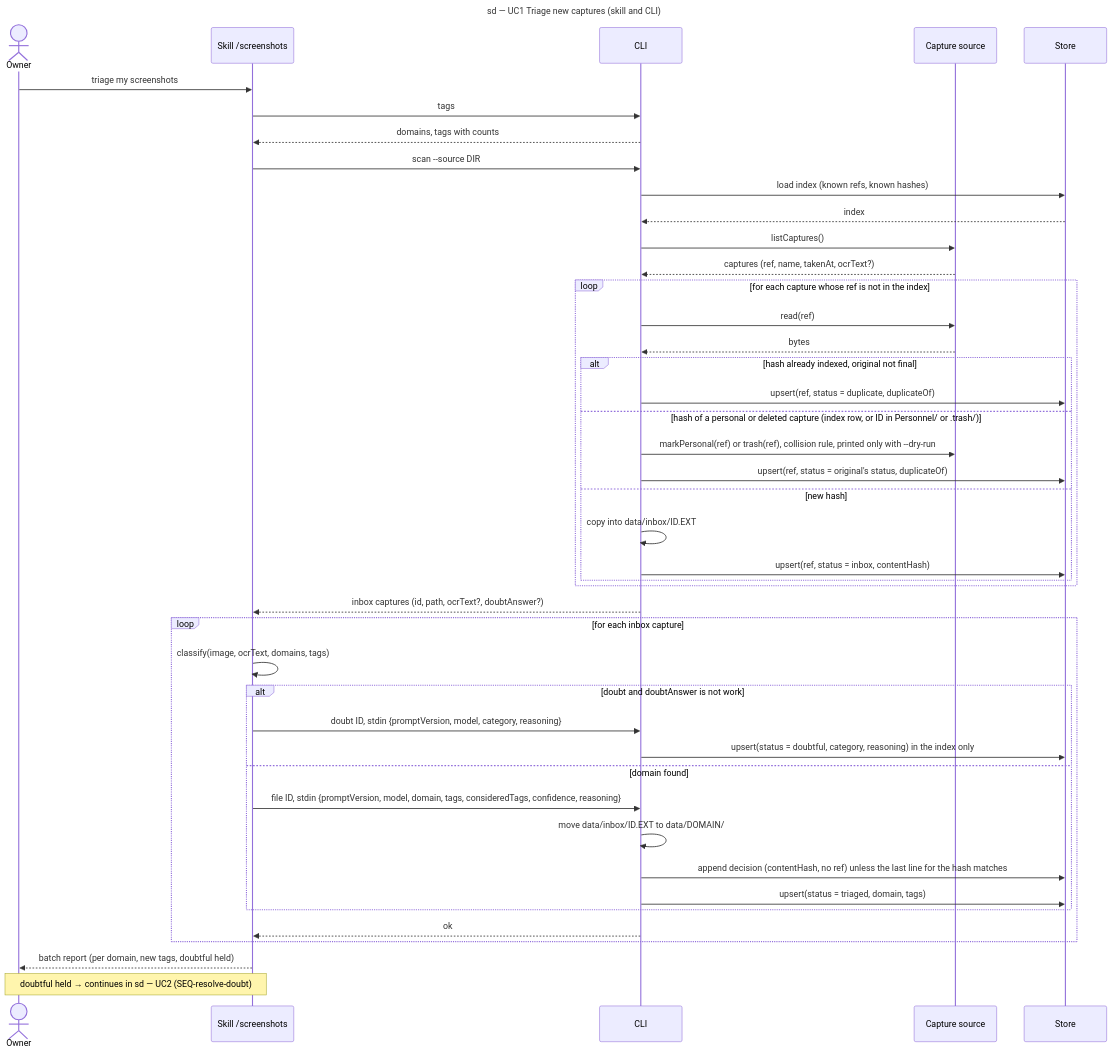
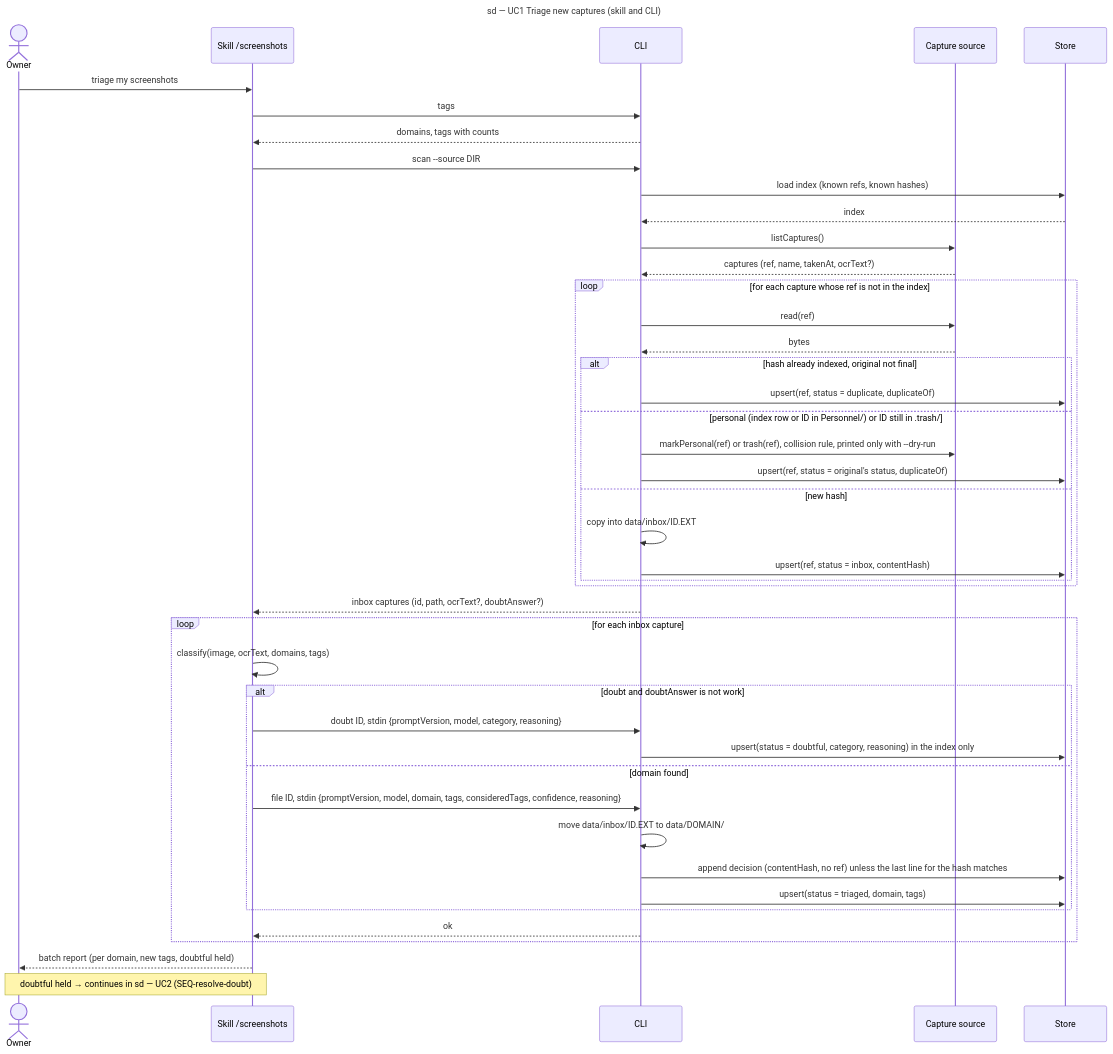
Before and after one commit to benoit-bremaud/screenshot-triage: the diagram in docs/architecture/diagrams/triage/02-sequence-triage-batch.md, drawn with Mermaid. The commit also changed other lines of this file and 6 other files, not shown here.

First line of the commit message:
docs(triage/architecture): list Personnel ids only and let a restored file be triaged again

````diff
--- a/docs/architecture/diagrams/triage/02-sequence-triage-batch.md
+++ b/docs/architecture/diagrams/triage/02-sequence-triage-batch.md
@@ -14,46 +14,46 @@
 ```mermaid
 sequenceDiagram
   title sd — UC1 Triage new captures (skill and CLI)
   actor Owner
   participant Skill as Skill /screenshots
   participant CLI as CLI
   participant Source as Capture source
   participant Store as Store
   Owner->>Skill: triage my screenshots
   Skill->>CLI: tags
   CLI-->>Skill: domains, tags with counts
   Skill->>CLI: scan --source DIR
   CLI->>Store: load index (known refs, known hashes)
   Store-->>CLI: index
   CLI->>Source: listCaptures()
   Source-->>CLI: captures (ref, name, takenAt, ocrText?)
   loop for each capture whose ref is not in the index
     CLI->>Source: read(ref)
     Source-->>CLI: bytes
     alt hash already indexed, original not final
       CLI->>Store: upsert(ref, status = duplicate, duplicateOf)
-    else hash of a personal or deleted capture (index row, or ID in Personnel/ or .trash/)
+    else personal (index row or ID in Personnel/) or ID still in .trash/
       CLI->>Source: markPersonal(ref) or trash(ref), collision rule, printed only with --dry-run
       CLI->>Store: upsert(ref, status = original's status, duplicateOf)
     else new hash
       CLI->>CLI: copy into data/inbox/ID.EXT
       CLI->>Store: upsert(ref, status = inbox, contentHash)
     end
   end
   CLI-->>Skill: inbox captures (id, path, ocrText?, doubtAnswer?)
   loop for each inbox capture
     Skill->>Skill: classify(image, ocrText, domains, tags)
     alt doubt and doubtAnswer is not work
       Skill->>CLI: doubt ID, stdin {promptVersion, model, category, reasoning}
       CLI->>Store: upsert(status = doubtful, category, reasoning) in the index only
     else domain found
       Skill->>CLI: file ID, stdin {promptVersion, model, domain, tags, consideredTags, confidence, reasoning}
       CLI->>CLI: move data/inbox/ID.EXT to data/DOMAIN/
       CLI->>Store: append decision (contentHash, no ref) unless the last line for the hash matches
       CLI->>Store: upsert(status = triaged, domain, tags)
     end
     CLI-->>Skill: ok
   end
   Skill-->>Owner: batch report (per domain, new tags, doubtful held)
   Note over Owner,Skill: doubtful held → continues in sd — UC2 (SEQ-resolve-doubt)
 ```
````
